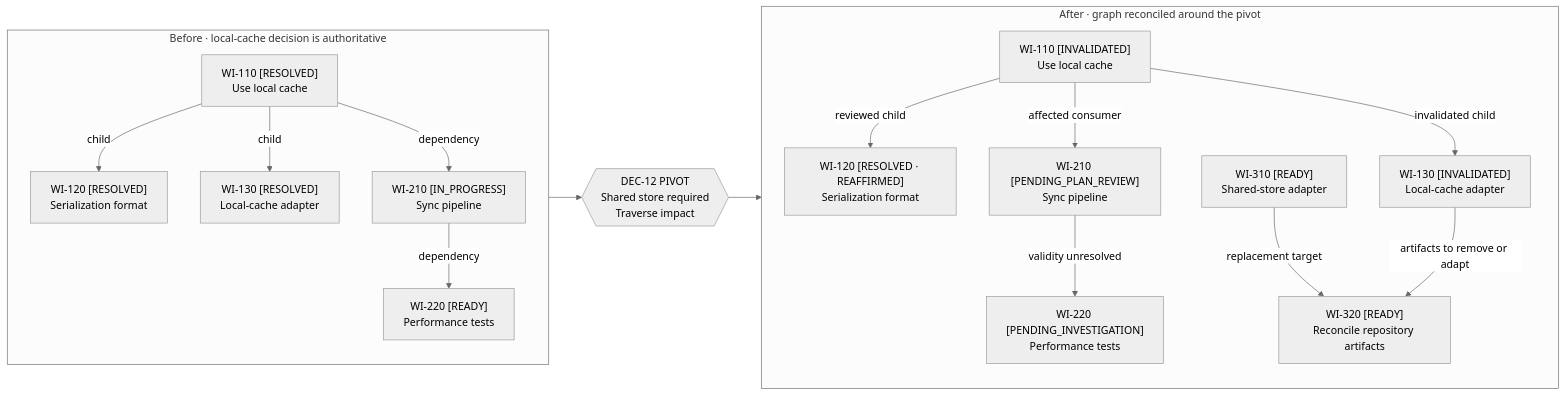
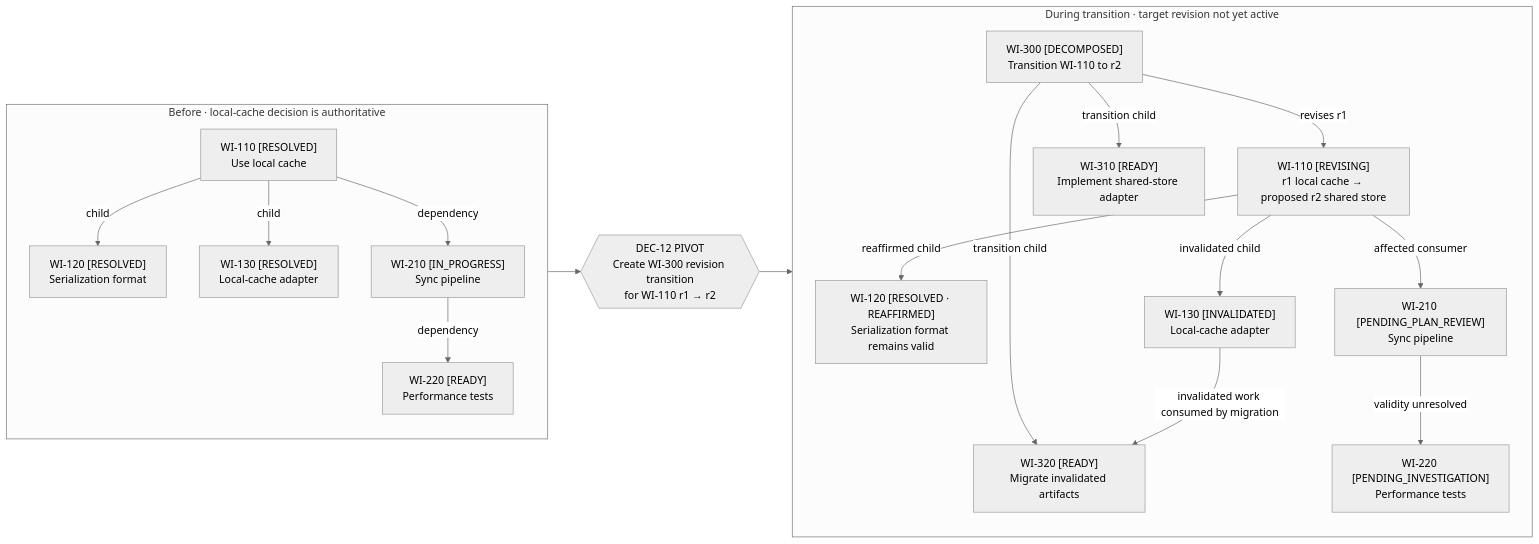
The fifth of 5 diagrams in .designs/vision.md (AllanZhengYP/techlead), drawn with Mermaid (neutral theme) before and after one commit. The commit also changed other lines of this file and 38 other files, not shown here.

````diff
--- a/.designs/vision.md
+++ b/.designs/vision.md
@@ -364,36 +369,39 @@
 ```mermaid
 flowchart LR
     subgraph before["Before · local-cache decision is authoritative"]
         direction TB
         b110["WI-110 [RESOLVED]<br/>Use local cache"]
         b120["WI-120 [RESOLVED]<br/>Serialization format"]
         b130["WI-130 [RESOLVED]<br/>Local-cache adapter"]
         b210["WI-210 [IN_PROGRESS]<br/>Sync pipeline"]
         b220["WI-220 [READY]<br/>Performance tests"]
         b110 -->|"child"| b120
         b110 -->|"child"| b130
         b110 -->|"dependency"| b210
         b210 -->|"dependency"| b220
     end
 
-    action{{"DEC-12 PIVOT<br/>Shared store required<br/>Traverse impact"}}
+    action{{"DEC-12 PIVOT<br/>Create WI-300 revision transition<br/>for WI-110 r1 → r2"}}
 
-    subgraph after["After · graph reconciled around the pivot"]
+    subgraph after["During transition · target revision not yet active"]
         direction TB
-        a110["WI-110 [INVALIDATED]<br/>Use local cache"]
-        a120["WI-120 [RESOLVED · REAFFIRMED]<br/>Serialization format"]
+        a110["WI-110 [REVISING]<br/>r1 local cache → proposed r2 shared store"]
+        a300["WI-300 [DECOMPOSED]<br/>Transition WI-110 to r2"]
+        a120["WI-120 [RESOLVED · REAFFIRMED]<br/>Serialization format remains valid"]
         a130["WI-130 [INVALIDATED]<br/>Local-cache adapter"]
         a210["WI-210 [PENDING_PLAN_REVIEW]<br/>Sync pipeline"]
         a220["WI-220 [PENDING_INVESTIGATION]<br/>Performance tests"]
-        a310["WI-310 [READY]<br/>Shared-store adapter"]
-        a320["WI-320 [READY]<br/>Reconcile repository artifacts"]
-        a110 -->|"reviewed child"| a120
+        a310["WI-310 [READY]<br/>Implement shared-store adapter"]
+        a320["WI-320 [READY]<br/>Migrate invalidated artifacts"]
+        a300 -->|"revises r1"| a110
+        a300 -->|"transition child"| a310
+        a300 -->|"transition child"| a320
+        a110 -->|"reaffirmed child"| a120
         a110 -->|"invalidated child"| a130
         a110 -->|"affected consumer"| a210
         a210 -->|"validity unresolved"| a220
-        a310 -->|"replacement target"| a320
-        a130 -->|"artifacts to remove or adapt"| a320
+        a130 -->|"invalidated work consumed by migration"| a320
     end
 
     b110 --> action --> a110
 ```
````
